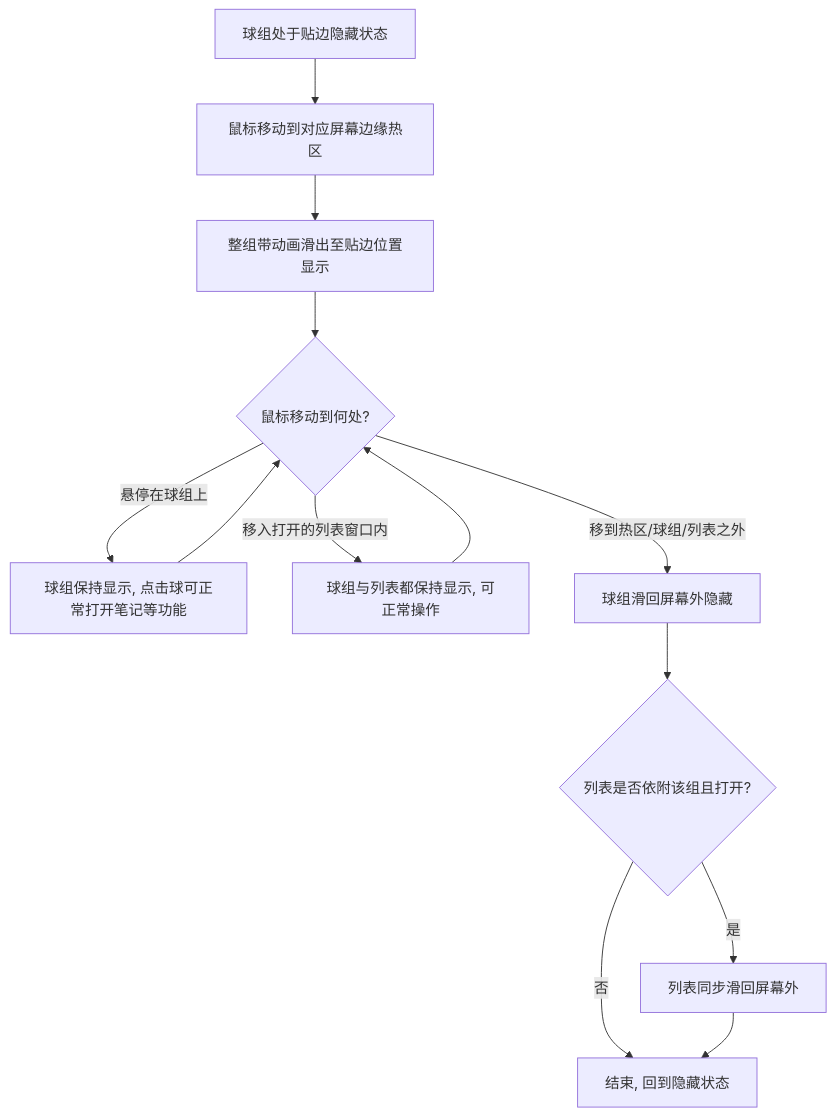
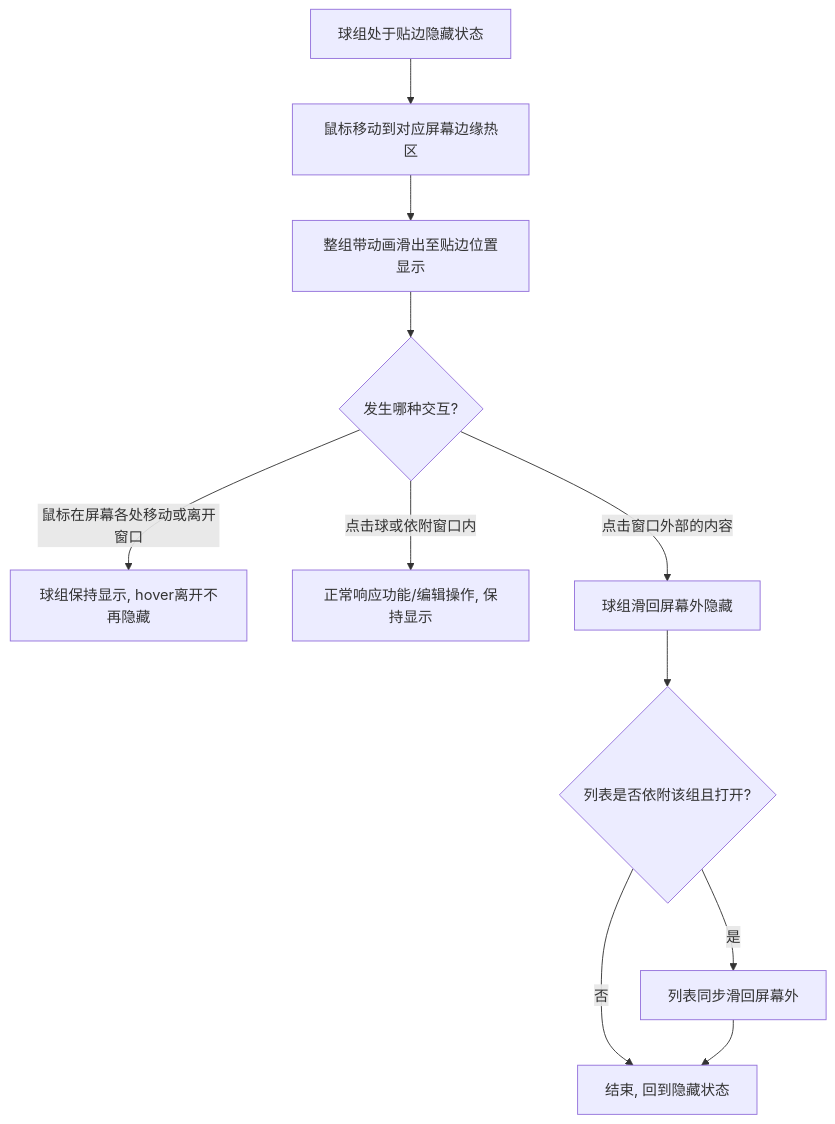
Before and after one commit to xavierchen2021/aix-easy: the third of 8 diagrams in .Xavier/Plan/20261021-1203-悬浮球组贴边隐藏.md, drawn with Mermaid. The commit also changed other lines of this file and 1 other file, not shown here.

Commit message:
fix(贴边隐藏): 将悬停移出自动隐藏改为点击窗口外部触发隐藏

````diff
--- a/.Xavier/Plan/20261021-1203-悬浮球组贴边隐藏.md
+++ b/.Xavier/Plan/20261021-1203-悬浮球组贴边隐藏.md
@@ -37,15 +37,13 @@
 ```mermaid
 flowchart TD
     A[球组处于贴边隐藏状态] --> B[鼠标移动到对应屏幕边缘热区]
     B --> C[整组带动画滑出至贴边位置显示]
-    C --> D{鼠标移动到何处?}
-    D -- 悬停在球组上 --> E[球组保持显示, 点击球可正常打开笔记等功能]
-    D -- 移入打开的列表窗口内 --> F[球组与列表都保持显示, 可正常操作]
-    D -- 移到热区/球组/列表之外 --> G[球组滑回屏幕外隐藏]
+    C --> D{发生哪种交互?}
+    D -- 鼠标在屏幕各处移动或离开窗口 --> E[球组保持显示, hover离开不再隐藏]
+    D -- 点击球或依附窗口内 --> F[正常响应功能/编辑操作, 保持显示]
+    D -- 点击窗口外部的内容 --> G[球组滑回屏幕外隐藏]
     G --> H{列表是否依附该组且打开?}
     H -- 是 --> I[列表同步滑回屏幕外]
     H -- 否 --> J[结束, 回到隐藏状态]
     I --> J
-    E --> D
-    F --> D
 ```
````
